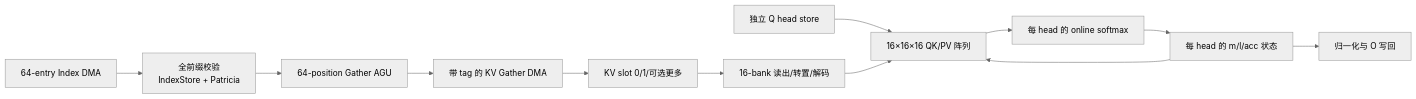
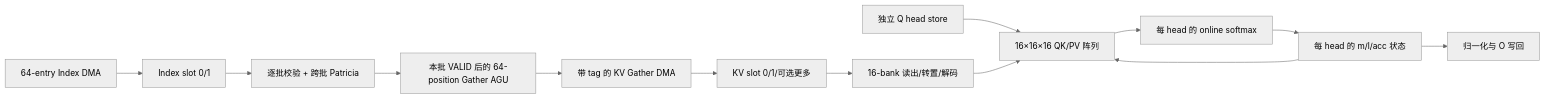
The diagram in designs/sparsefa/ndf/l2/fa2-core-skv-1005.md (PTO-ISA/pyCircuit), drawn with Mermaid (neutral theme) before and after one commit. The commit also changed other lines of this file and 44 other files, not shown here.

Commit message:
[Other] Specify streamed-index SparseFA architecture and timing traces

````diff
--- a/designs/sparsefa/ndf/l2/fa2-core-skv-1005.md
+++ b/designs/sparsefa/ndf/l2/fa2-core-skv-1005.md
@@ -12,14 +12,15 @@
 ```mermaid
 flowchart LR
-  IDX[64-entry Index DMA] --> VAL[全前缀校验\nIndexStore + Patricia]
-  VAL --> AGU[64-position Gather AGU]
+  IDX[64-entry Index DMA] --> IBUF[Index slot 0/1]
+  IBUF --> VAL[逐批校验 + 跨批 Patricia]
+  VAL --> AGU[本批 VALID 后的 64-position Gather AGU]
   AGU --> DMA[带 tag 的 KV Gather DMA]
   DMA --> SLOT[KV slot 0/1/可选更多]
   SLOT --> XBAR[16-bank 读出/转置/解码]
   Q[独立 Q head store] --> MAC[16×16×16 QK/PV 阵列]
   XBAR --> MAC
   MAC --> SM[每 head 的 online softmax]
   SM --> STATE[每 head 的 m/l/acc 状态]
   STATE --> MAC
   STATE --> OUT[归一化与 O 写回]
 ```
````
